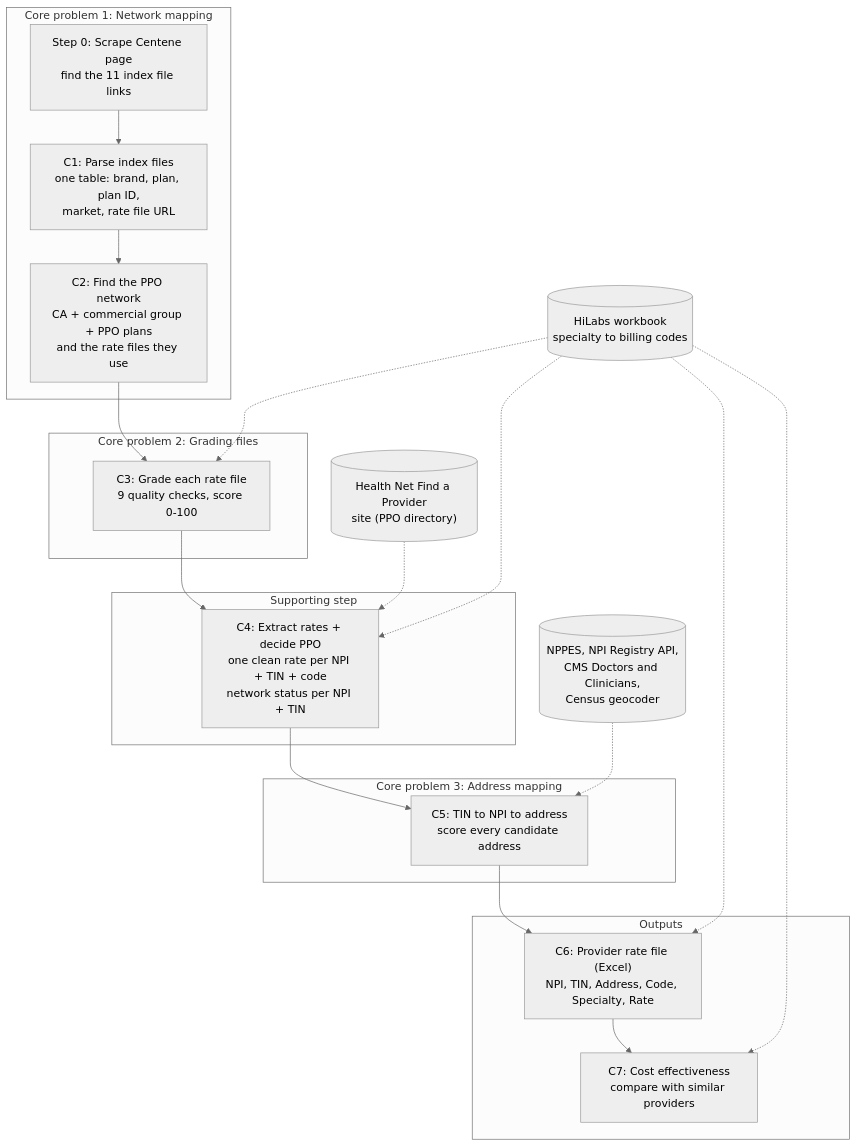
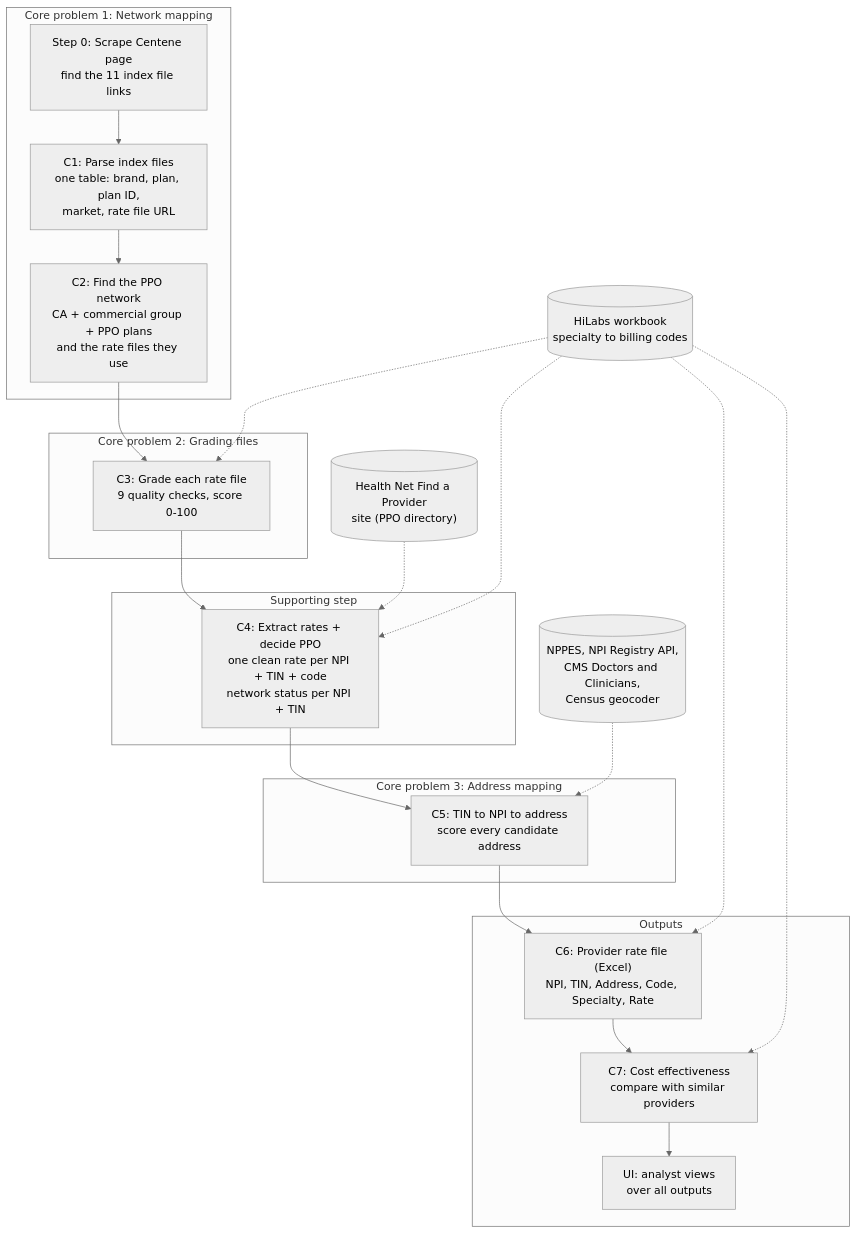
The first of 10 diagrams in README.md (Medix1075/HiLabs_Hackathon), drawn with Mermaid (neutral theme) before and after one commit. The commit also changed other lines of this file and 10 other files, not shown here.

First line of the commit message:
README: describe main as it is now, add tech stack, graphs and a UI-Guide

````diff
--- a/README.md
+++ b/README.md
@@ -104,27 +220,28 @@
 ```mermaid
 flowchart TB
   subgraph P1["Core problem 1: Network mapping"]
     S0["Step 0: Scrape Centene page<br/>find the 11 index file links"] --> C1["C1: Parse index files<br/>one table: brand, plan, plan ID,<br/>market, rate file URL"]
     C1 --> C2["C2: Find the PPO network<br/>CA + commercial group + PPO plans<br/>and the rate files they use"]
   end
   subgraph P2["Core problem 2: Grading files"]
     C3["C3: Grade each rate file<br/>9 quality checks, score 0-100"]
   end
   subgraph SUP["Supporting step"]
     C4["C4: Extract rates + decide PPO<br/>one clean rate per NPI + TIN + code<br/>network status per NPI + TIN"]
   end
   subgraph P3["Core problem 3: Address mapping"]
     C5["C5: TIN to NPI to address<br/>score every candidate address"]
   end
   subgraph OUT["Outputs"]
     C6["C6: Provider rate file (Excel)<br/>NPI, TIN, Address, Code, Specialty, Rate"]
     C7["C7: Cost effectiveness<br/>compare with similar providers"]
+    UI["UI: analyst views<br/>over all outputs"]
   end
-  C2 --> C3 --> C4 --> C5 --> C6 --> C7
+  C2 --> C3 --> C4 --> C5 --> C6 --> C7 --> UI
   HN[("Health Net Find a Provider<br/>site (PPO directory)")] -.-> C4
   PUB[("NPPES, NPI Registry API,<br/>CMS Doctors and Clinicians,<br/>Census geocoder")] -.-> C5
   WB[("HiLabs workbook<br/>specialty to billing codes")] -.-> C3
   WB -.-> C4
   WB -.-> C6
   WB -.-> C7
 ```
````
